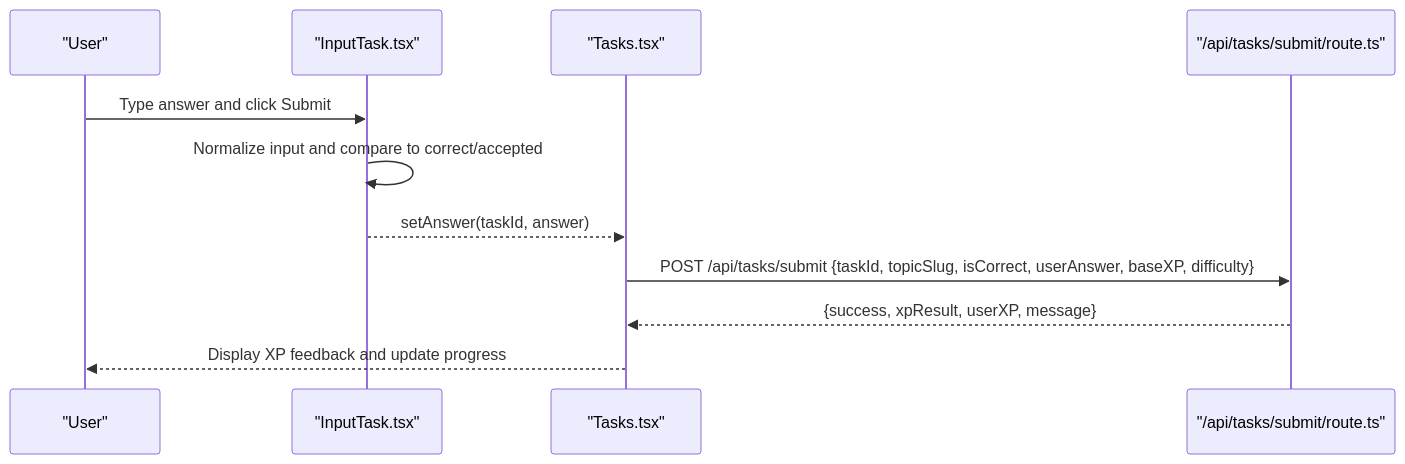
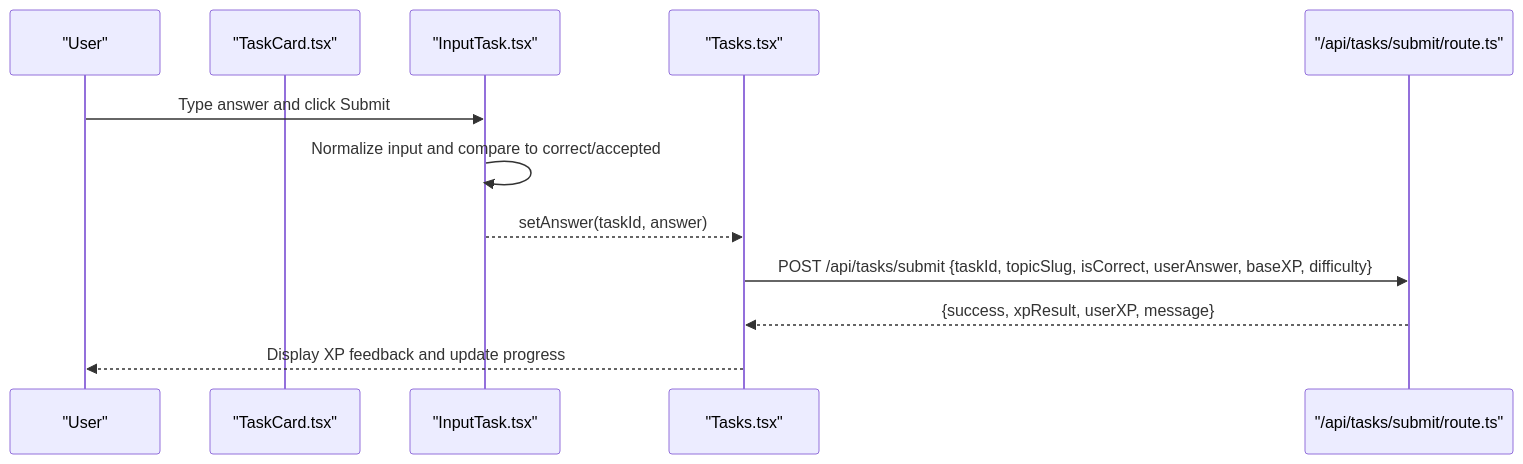
One commit to AlexKutz/math-app-next-js changed the second of 3 diagrams in .qoder/repowiki/en/content/Core Features/Learning Interface/Input-based Tasks.md. Above: the diagram before and after it, drawn with Mermaid. The commit also changed other lines of this file and 125 other files, not shown here.

````diff
--- a/.qoder/repowiki/en/content/Core Features/Learning Interface/Input-based Tasks.md
+++ b/.qoder/repowiki/en/content/Core Features/Learning Interface/Input-based Tasks.md
@@ -121,13 +152,14 @@
 ```mermaid
 sequenceDiagram
 participant U as "User"
+participant TC as "TaskCard.tsx"
 participant IT as "InputTask.tsx"
 participant TS as "Tasks.tsx"
 participant API as "/api/tasks/submit/route.ts"
 U->>IT : Type answer and click Submit
 IT->>IT : Normalize input and compare to correct/accepted
 IT-->>TS : setAnswer(taskId, answer)
 TS->>API : POST /api/tasks/submit {taskId, topicSlug, isCorrect, userAnswer, baseXP, difficulty}
 API-->>TS : {success, xpResult, userXP, message}
 TS-->>U : Display XP feedback and update progress
 ```
````
